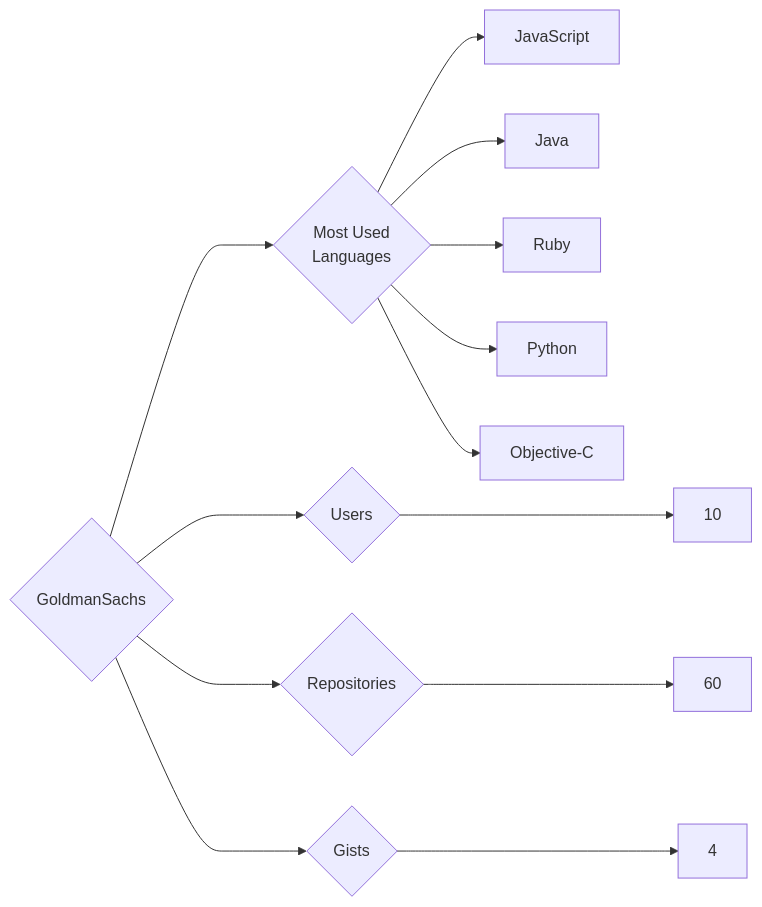
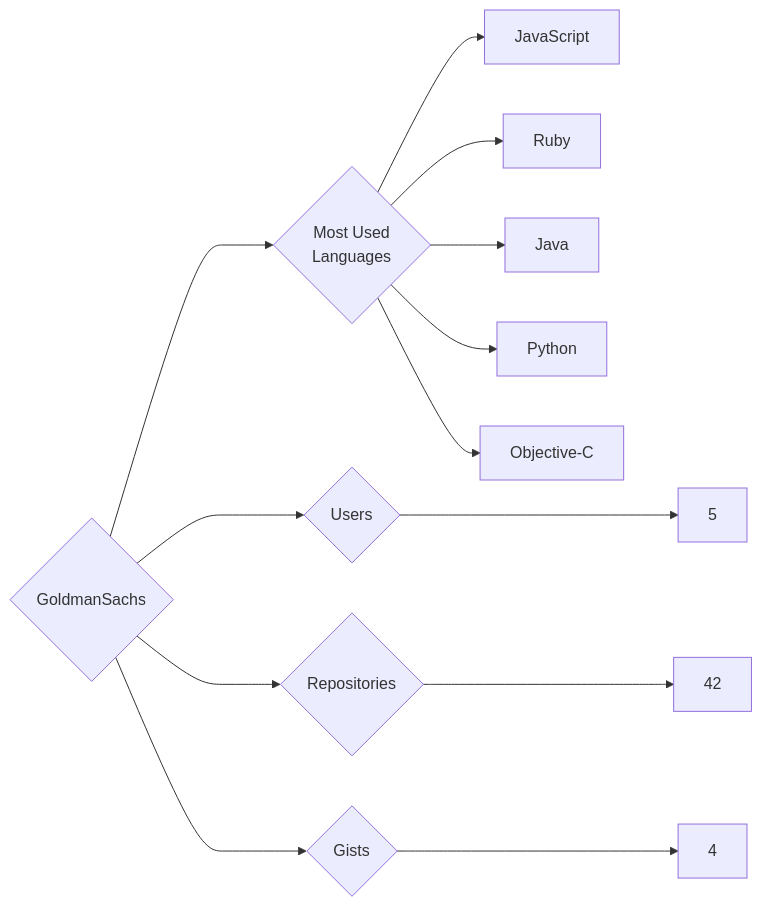
One commit to trickest/insiders changed the diagram in targets/GoldmanSachs/README.md. Above: the diagram before and after it, drawn with Mermaid. The commit also changed 997 other files, not shown here.

````diff
--- a/targets/GoldmanSachs/README.md
+++ b/targets/GoldmanSachs/README.md
@@ -3,13 +3,13 @@
 ```mermaid
 graph LR
 COMPANY_NAME{GoldmanSachs}
-COMPANY_NAME ---> U{Users} ---> UN[10]
-COMPANY_NAME ---> R{Repositories} ---> RN[60]
+COMPANY_NAME ---> U{Users} ---> UN[5]
+COMPANY_NAME ---> R{Repositories} ---> RN[42]
 COMPANY_NAME ---> G{Gists} ---> GN[4]
 COMPANY_NAME ---> ML{Most Used<br>Languages}
 ML --> JavaScript[JavaScript]
+ML --> Ruby[Ruby]
 ML --> Java[Java]
-ML --> Ruby[Ruby]
 ML --> Python[Python]
 ML --> Objective-C[Objective-C]
 ```
````
